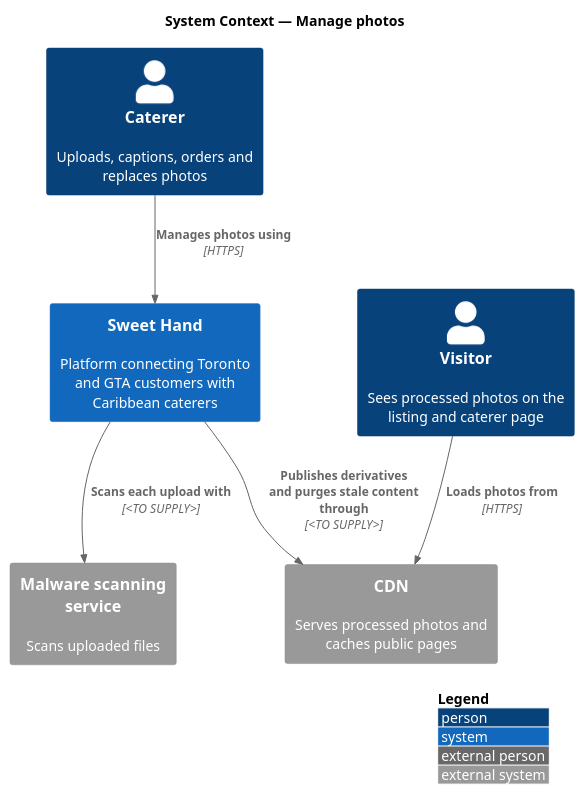
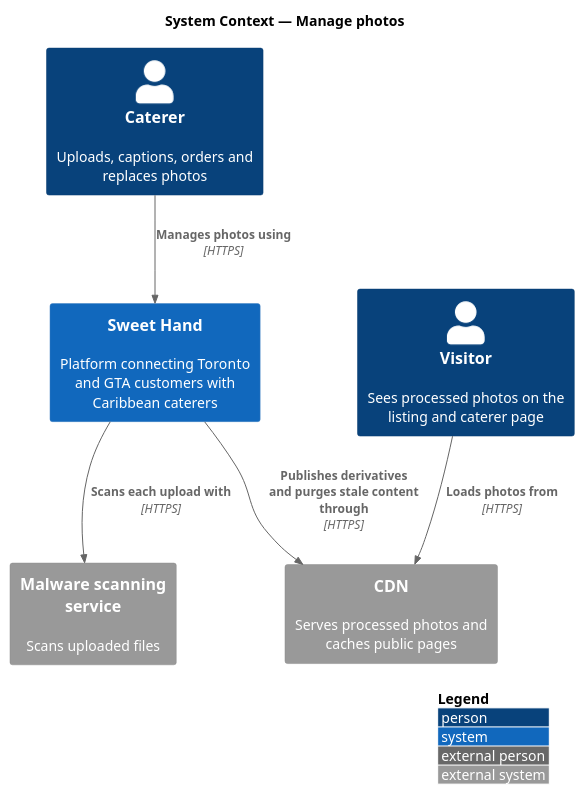
One commit to QuinntyneBrown/sweet-hand changed the diagram in docs/detailed-designs/caterer-profiles/manage-photos/diagrams/c4-context.puml. Above: the diagram before and after it, drawn with PlantUML. The commit also changed 42 other files, not shown here.

```diff
--- a/docs/detailed-designs/caterer-profiles/manage-photos/diagrams/c4-context.puml
+++ b/docs/detailed-designs/caterer-profiles/manage-photos/diagrams/c4-context.puml
@@ -1,16 +1,16 @@
 @startuml
 !include <C4/C4_Context>
 LAYOUT_WITH_LEGEND()
 title System Context — Manage photos
 
 Person(caterer, "Caterer", "Uploads, captions, orders and replaces photos")
 Person(visitor, "Visitor", "Sees processed photos on the listing and caterer page")
 System(sweethand, "Sweet Hand", "Platform connecting Toronto and GTA customers with Caribbean caterers")
 System_Ext(malware, "Malware scanning service", "Scans uploaded files")
 System_Ext(cdn, "CDN", "Serves processed photos and caches public pages")
 
 Rel(caterer, sweethand, "Manages photos using", "HTTPS")
-Rel(sweethand, malware, "Scans each upload with", "<TO SUPPLY>")
-Rel(sweethand, cdn, "Publishes derivatives and purges stale content through", "<TO SUPPLY>")
+Rel(sweethand, malware, "Scans each upload with", "HTTPS")
+Rel(sweethand, cdn, "Publishes derivatives and purges stale content through", "HTTPS")
 Rel(visitor, cdn, "Loads photos from", "HTTPS")
 @enduml
```
